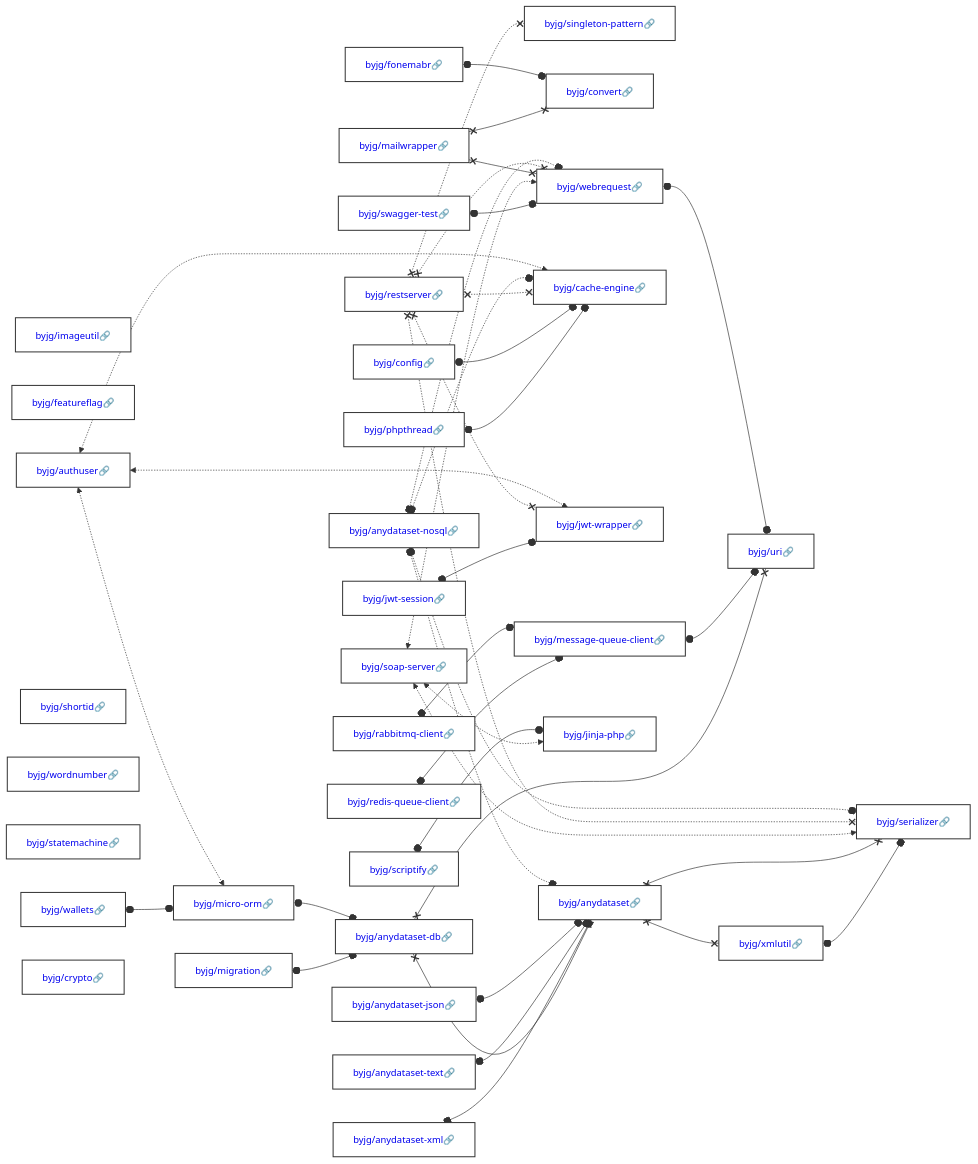
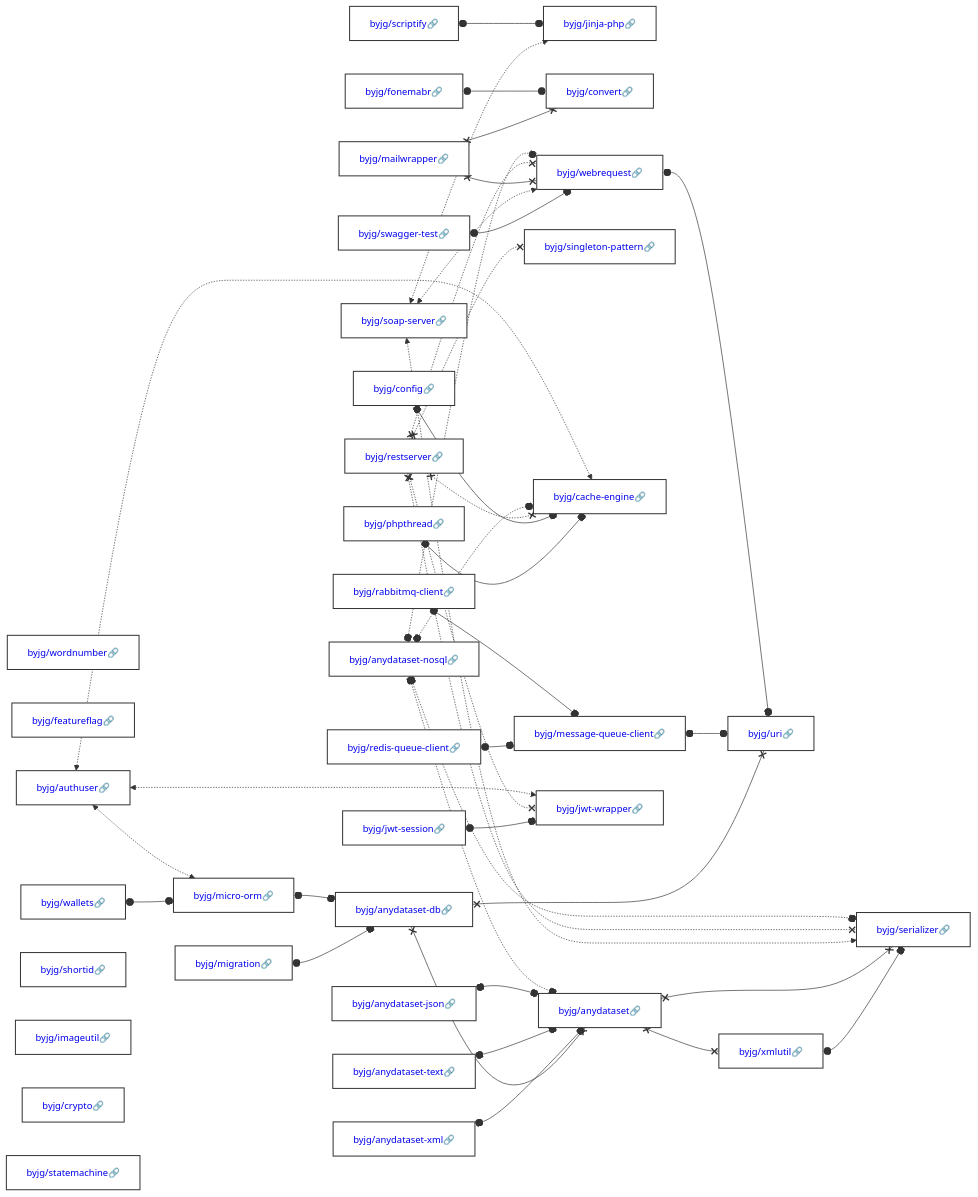
Before and after one commit to byjg/byjg.github.io: the diagram in docs/php/README.md, drawn with Mermaid. The commit also changed other lines of this file, not shown here.

Commit message:
Update documentation 'php' 'php-authuser'

````diff
--- a/docs/php/README.md
+++ b/docs/php/README.md
@@ -3,37 +3,37 @@
 ```mermaid
 graph LR;
-  byjg/imageutil[<a href='https://opensource.byjg.com/docs/php/imageutil' style='text-decoration:none'>byjg/imageutil🔗</a>];
+  byjg/anydataset-text[<a href='https://opensource.byjg.com/docs/php/anydataset-text' style='text-decoration:none'>byjg/anydataset-text🔗</a>];
+  byjg/wordnumber[<a href='https://opensource.byjg.com/docs/php/wordnumber' style='text-decoration:none'>byjg/wordnumber🔗</a>];
+  byjg/scriptify[<a href='https://opensource.byjg.com/docs/php/scriptify' style='text-decoration:none'>byjg/scriptify🔗</a>];
+  byjg/soap-server[<a href='https://opensource.byjg.com/docs/php/soap-server' style='text-decoration:none'>byjg/soap-server🔗</a>];
+  byjg/anydataset-nosql[<a href='https://opensource.byjg.com/docs/php/anydataset-nosql' style='text-decoration:none'>byjg/anydataset-nosql🔗</a>];
+  byjg/featureflag[<a href='https://opensource.byjg.com/docs/php/featureflag' style='text-decoration:none'>byjg/featureflag🔗</a>];
+  byjg/redis-queue-client[<a href='https://opensource.byjg.com/docs/php/redis-queue-client' style='text-decoration:none'>byjg/redis-queue-client🔗</a>];
+  byjg/wallets[<a href='https://opensource.byjg.com/docs/php/wallets' style='text-decoration:none'>byjg/wallets🔗</a>];
   byjg/jwt-session[<a href='https://opensource.byjg.com/docs/php/jwt-session' style='text-decoration:none'>byjg/jwt-session🔗</a>];
-  byjg/anydataset-json[<a href='https://opensource.byjg.com/docs/php/anydataset-json' style='text-decoration:none'>byjg/anydataset-json🔗</a>];
-  byjg/restserver[<a href='https://opensource.byjg.com/docs/php/restserver' style='text-decoration:none'>byjg/restserver🔗</a>];
-  byjg/anydataset-nosql[<a href='https://opensource.byjg.com/docs/php/anydataset-nosql' style='text-decoration:none'>byjg/anydataset-nosql🔗</a>];
-  byjg/swagger-test[<a href='https://opensource.byjg.com/docs/php/swagger-test' style='text-decoration:none'>byjg/swagger-test🔗</a>];
-  byjg/mailwrapper[<a href='https://opensource.byjg.com/docs/php/mailwrapper' style='text-decoration:none'>byjg/mailwrapper🔗</a>];
   byjg/fonemabr[<a href='https://opensource.byjg.com/docs/php/fonemabr' style='text-decoration:none'>byjg/fonemabr🔗</a>];
-  byjg/rabbitmq-client[<a href='https://opensource.byjg.com/docs/php/rabbitmq-client' style='text-decoration:none'>byjg/rabbitmq-client🔗</a>];
-  byjg/featureflag[<a href='https://opensource.byjg.com/docs/php/featureflag' style='text-decoration:none'>byjg/featureflag🔗</a>];
+  byjg/anydataset-xml[<a href='https://opensource.byjg.com/docs/php/anydataset-xml' style='text-decoration:none'>byjg/anydataset-xml🔗</a>];
+  byjg/phpthread[<a href='https://opensource.byjg.com/docs/php/phpthread' style='text-decoration:none'>byjg/phpthread🔗</a>];
+  byjg/config[<a href='https://opensource.byjg.com/docs/php/config' style='text-decoration:none'>byjg/config🔗</a>];
   byjg/migration[<a href='https://opensource.byjg.com/docs/php/migration' style='text-decoration:none'>byjg/migration🔗</a>];
-  byjg/config[<a href='https://opensource.byjg.com/docs/php/config' style='text-decoration:none'>byjg/config🔗</a>];
-  byjg/phpthread[<a href='https://opensource.byjg.com/docs/php/phpthread' style='text-decoration:none'>byjg/phpthread🔗</a>];
-  byjg/redis-queue-client[<a href='https://opensource.byjg.com/docs/php/redis-queue-client' style='text-decoration:none'>byjg/redis-queue-client🔗</a>];
   byjg/authuser[<a href='https://opensource.byjg.com/docs/php/authuser' style='text-decoration:none'>byjg/authuser🔗</a>];
   byjg/shortid[<a href='https://opensource.byjg.com/docs/php/shortid' style='text-decoration:none'>byjg/shortid🔗</a>];
-  byjg/wordnumber[<a href='https://opensource.byjg.com/docs/php/wordnumber' style='text-decoration:none'>byjg/wordnumber🔗</a>];
-  byjg/anydataset-text[<a href='https://opensource.byjg.com/docs/php/anydataset-text' style='text-decoration:none'>byjg/anydataset-text🔗</a>];
+  byjg/imageutil[<a href='https://opensource.byjg.com/docs/php/imageutil' style='text-decoration:none'>byjg/imageutil🔗</a>];
+  byjg/swagger-test[<a href='https://opensource.byjg.com/docs/php/swagger-test' style='text-decoration:none'>byjg/swagger-test🔗</a>];
+  byjg/crypto[<a href='https://opensource.byjg.com/docs/php/crypto' style='text-decoration:none'>byjg/crypto🔗</a>];
+  byjg/mailwrapper[<a href='https://opensource.byjg.com/docs/php/mailwrapper' style='text-decoration:none'>byjg/mailwrapper🔗</a>];
   byjg/statemachine[<a href='https://opensource.byjg.com/docs/php/statemachine' style='text-decoration:none'>byjg/statemachine🔗</a>];
-  byjg/wallets[<a href='https://opensource.byjg.com/docs/php/wallets' style='text-decoration:none'>byjg/wallets🔗</a>];
-  byjg/crypto[<a href='https://opensource.byjg.com/docs/php/crypto' style='text-decoration:none'>byjg/crypto🔗</a>];
-  byjg/soap-server[<a href='https://opensource.byjg.com/docs/php/soap-server' style='text-decoration:none'>byjg/soap-server🔗</a>];
-  byjg/scriptify[<a href='https://opensource.byjg.com/docs/php/scriptify' style='text-decoration:none'>byjg/scriptify🔗</a>];
-  byjg/anydataset-xml[<a href='https://opensource.byjg.com/docs/php/anydataset-xml' style='text-decoration:none'>byjg/anydataset-xml🔗</a>];
-  byjg/singleton-pattern[<a href='https://opensource.byjg.com/docs/php/singleton-pattern' style='text-decoration:none'>byjg/singleton-pattern🔗</a>];
+  byjg/anydataset-json[<a href='https://opensource.byjg.com/docs/php/anydataset-json' style='text-decoration:none'>byjg/anydataset-json🔗</a>];
+  byjg/rabbitmq-client[<a href='https://opensource.byjg.com/docs/php/rabbitmq-client' style='text-decoration:none'>byjg/rabbitmq-client🔗</a>];
+  byjg/restserver[<a href='https://opensource.byjg.com/docs/php/restserver' style='text-decoration:none'>byjg/restserver🔗</a>];
+  byjg/jinja-php[<a href='https://opensource.byjg.com/docs/php/jinja-php' style='text-decoration:none'>byjg/jinja-php🔗</a>];
+  byjg/micro-orm[<a href='https://opensource.byjg.com/docs/php/micro-orm' style='text-decoration:none'>byjg/micro-orm🔗</a>];
   byjg/convert[<a href='https://opensource.byjg.com/docs/php/convert' style='text-decoration:none'>byjg/convert🔗</a>];
   byjg/message-queue-client[<a href='https://opensource.byjg.com/docs/php/message-queue-client' style='text-decoration:none'>byjg/message-queue-client🔗</a>];
+  byjg/singleton-pattern[<a href='https://opensource.byjg.com/docs/php/singleton-pattern' style='text-decoration:none'>byjg/singleton-pattern🔗</a>];
   byjg/cache-engine[<a href='https://opensource.byjg.com/docs/php/cache-engine' style='text-decoration:none'>byjg/cache-engine🔗</a>];
+  byjg/webrequest[<a href='https://opensource.byjg.com/docs/php/webrequest' style='text-decoration:none'>byjg/webrequest🔗</a>];
   byjg/jwt-wrapper[<a href='https://opensource.byjg.com/docs/php/jwt-wrapper' style='text-decoration:none'>byjg/jwt-wrapper🔗</a>];
-  byjg/micro-orm[<a href='https://opensource.byjg.com/docs/php/micro-orm' style='text-decoration:none'>byjg/micro-orm🔗</a>];
-  byjg/webrequest[<a href='https://opensource.byjg.com/docs/php/webrequest' style='text-decoration:none'>byjg/webrequest🔗</a>];
-  byjg/jinja-php[<a href='https://opensource.byjg.com/docs/php/jinja-php' style='text-decoration:none'>byjg/jinja-php🔗</a>];
   byjg/anydataset-db[<a href='https://opensource.byjg.com/docs/php/anydataset-db' style='text-decoration:none'>byjg/anydataset-db🔗</a>];
   byjg/anydataset[<a href='https://opensource.byjg.com/docs/php/anydataset' style='text-decoration:none'>byjg/anydataset🔗</a>];
   byjg/uri[<a href='https://opensource.byjg.com/docs/php/uri' style='text-decoration:none'>byjg/uri🔗</a>];
````
